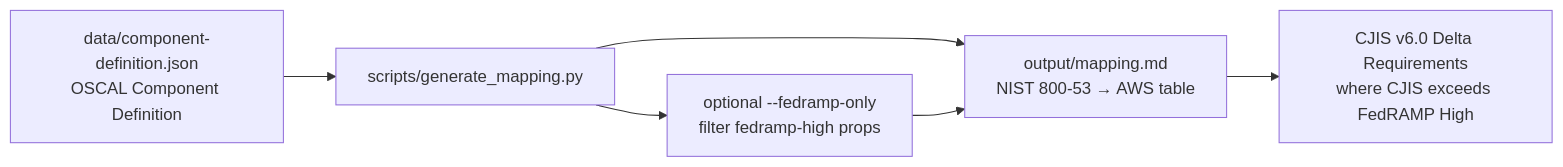
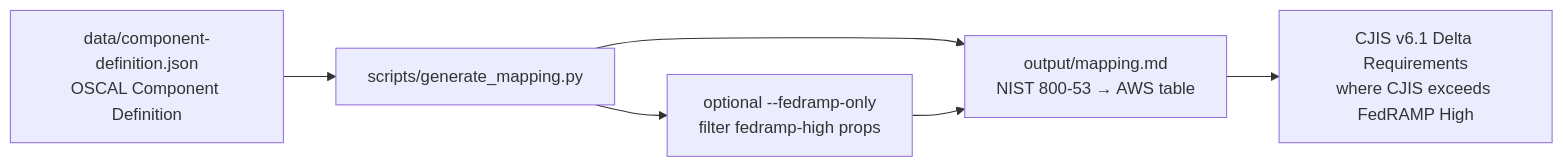
One commit to 0xBahalaNa/nist-800-53-rev-5-to-aws-mapping changed the diagram in docs/architecture.mmd. Above: the diagram before and after it, drawn with Mermaid. The commit also changed 4 other files, not shown here.

````diff
--- a/docs/architecture.mmd
+++ b/docs/architecture.mmd
@@ -1,9 +1,9 @@
 %% Editable Mermaid source for the README "Architecture Overview" section.
 %% Keep this file in sync with the inline ```mermaid fence in README.md.
 %% Diff-able source of truth for the architecture graph (no separate PNG export).
 graph LR
     A["data/component-definition.json<br/>OSCAL Component Definition"] --> B["scripts/generate_mapping.py"]
     B --> C["optional --fedramp-only<br/>filter fedramp-high props"]
     B --> D["output/mapping.md<br/>NIST 800-53 → AWS table"]
     C --> D
-    D --> E["CJIS v6.0 Delta Requirements<br/>where CJIS exceeds FedRAMP High"]
+    D --> E["CJIS v6.1 Delta Requirements<br/>where CJIS exceeds FedRAMP High"]
````
